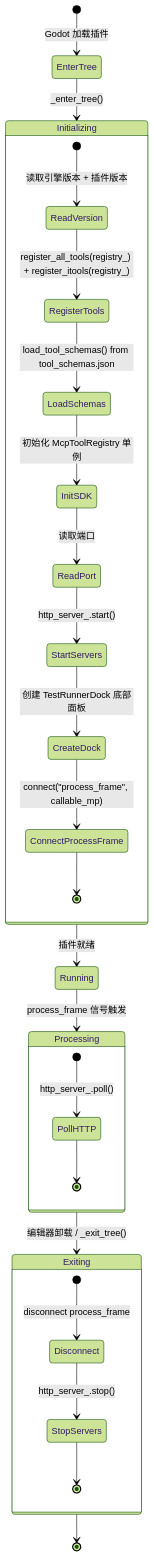
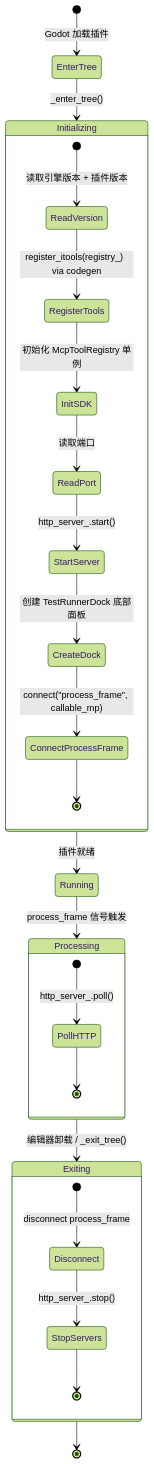
Before and after one commit to jesspig/GodotMCP-GDExtension: the diagram in .repo_wiki/modules/editor-plugin.md, drawn with Mermaid (forest theme). The commit also changed other lines of this file and 25 other files, not shown here.

````diff
--- a/.repo_wiki/modules/editor-plugin.md
+++ b/.repo_wiki/modules/editor-plugin.md
@@ -7,37 +7,36 @@
 ```mermaid
 stateDiagram-v2
     [*] --> EnterTree: Godot 加载插件
     
     EnterTree --> Initializing: _enter_tree()
     
     state Initializing {
         [*] --> ReadVersion: 读取引擎版本 + 插件版本
-        ReadVersion --> RegisterTools: register_all_tools(registry_) + register_itools(registry_)
-        RegisterTools --> LoadSchemas: load_tool_schemas() from tool_schemas.json
-        LoadSchemas --> InitSDK: 初始化 McpToolRegistry 单例
+        ReadVersion --> RegisterTools: register_itools(registry_)  via codegen
+        RegisterTools --> InitSDK: 初始化 McpToolRegistry 单例
         InitSDK --> ReadPort: 读取端口
-        ReadPort --> StartServers: http_server_.start()
-        StartServers --> CreateDock: 创建 TestRunnerDock 底部面板
+        ReadPort --> StartServer: http_server_.start()
+        StartServer --> CreateDock: 创建 TestRunnerDock 底部面板
         CreateDock --> ConnectProcessFrame: connect("process_frame", callable_mp)
         ConnectProcessFrame --> [*]
     }
     
     Initializing --> Running: 插件就绪
     
     Running --> Processing: process_frame 信号触发
     
     state Processing {
         [*] --> PollHTTP: http_server_.poll()
         PollHTTP --> [*]
     }
     
     Processing --> Exiting: 编辑器卸载 / _exit_tree()
     
     state Exiting {
         [*] --> Disconnect: disconnect process_frame
         Disconnect --> StopServers: http_server_.stop()
         StopServers --> [*]
     }
     
     Exiting --> [*]
 ```
````
